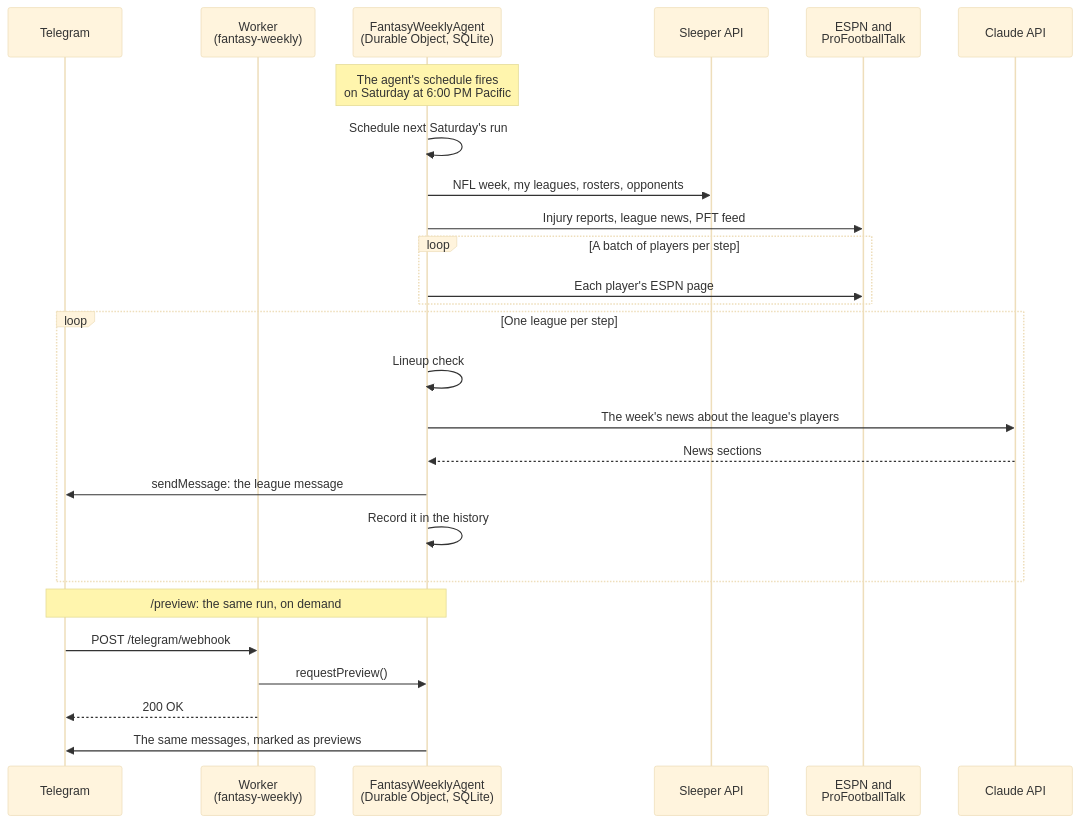
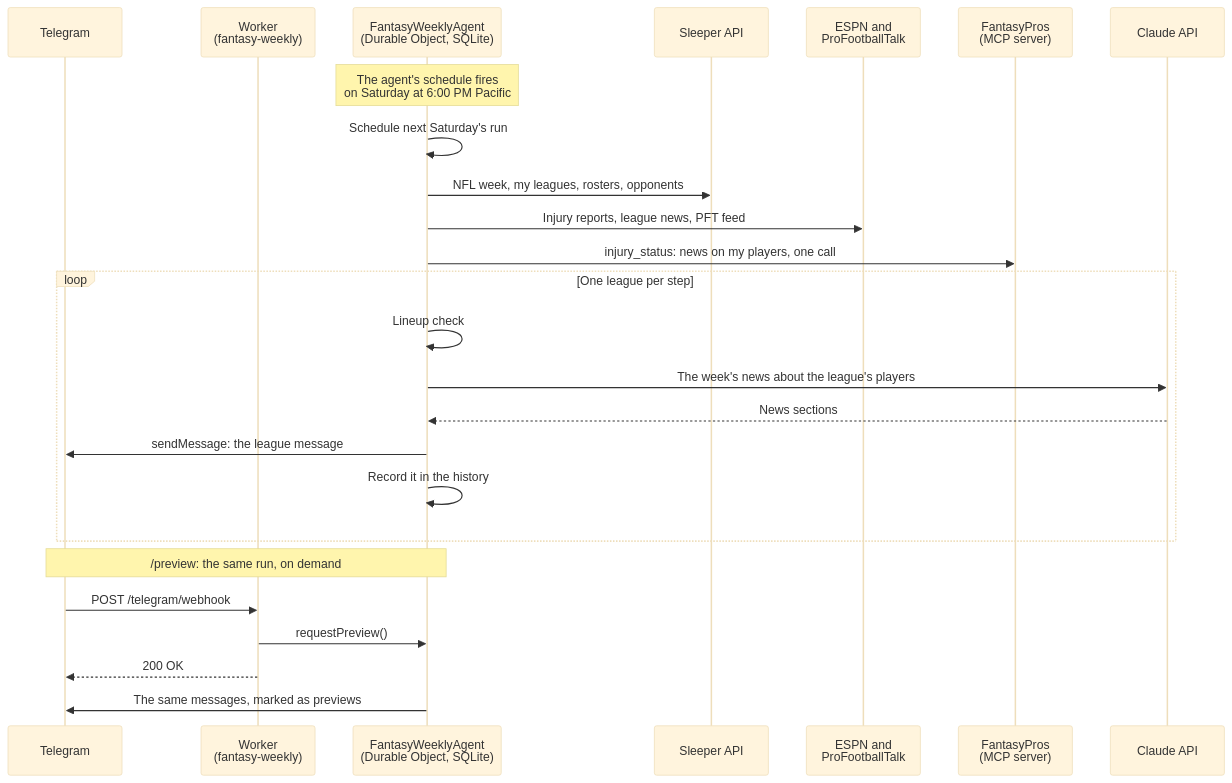
One commit to 2myat9/fantasy-weekly changed the diagram in README.md. Above: the diagram before and after it, drawn with Mermaid (base theme). The commit also changed other lines of this file and 17 other files, not shown here.

First line of the commit message:
Take per-player news from FantasyPros instead of ESPN's player pages

````diff
--- a/README.md
+++ b/README.md
@@ -64,30 +68,29 @@
 ```mermaid
 sequenceDiagram
   participant TG as Telegram
   participant W as Worker<br/>(fantasy-weekly)
   participant A as FantasyWeeklyAgent<br/>(Durable Object, SQLite)
   participant S as Sleeper API
   participant N as ESPN and<br/>ProFootballTalk
+  participant F as FantasyPros<br/>(MCP server)
   participant C as Claude API
 
   Note over A: The agent's schedule fires<br/>on Saturday at 6:00 PM Pacific
   A->>A: Schedule next Saturday's run
   A->>S: NFL week, my leagues, rosters, opponents
   A->>N: Injury reports, league news, PFT feed
-  loop A batch of players per step
-    A->>N: Each player's ESPN page
-  end
+  A->>F: injury_status: news on my players, one call
   loop One league per step
     A->>A: Lineup check
     A->>C: The week's news about the league's players
     C-->>A: News sections
     A->>TG: sendMessage: the league message
     A->>A: Record it in the history
   end
 
   Note over TG,A: /preview: the same run, on demand
   TG->>W: POST /telegram/webhook
   W->>A: requestPreview()
   W-->>TG: 200 OK
   A->>TG: The same messages, marked as previews
 ```
````
